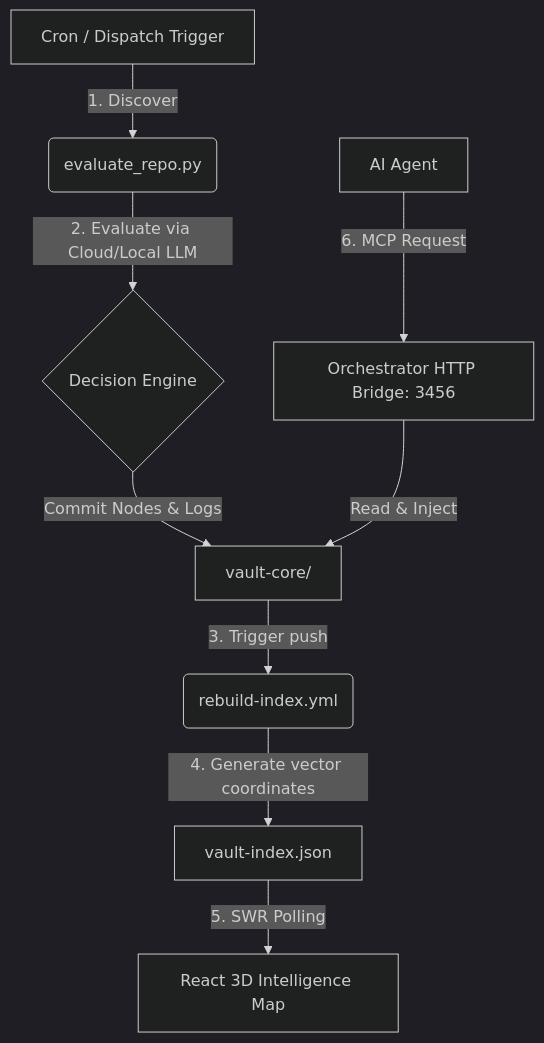
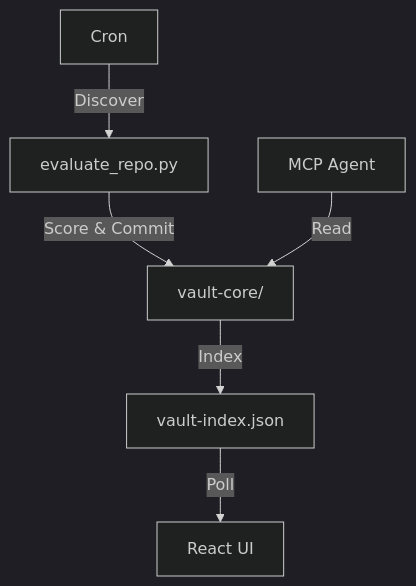
The diagram in README.md (SAIRAMANALADI/vybe-intelligence-vault), drawn with Mermaid (dark theme) before and after one commit. The commit also changed other lines of this file, not shown here.

````diff
--- a/README.md
+++ b/README.md
@@ -87,11 +22,8 @@
 ```mermaid
 graph TD
-    A[Cron / Dispatch Trigger] -->|1. Discover| B(evaluate_repo.py)
-    B -->|2. Evaluate via Cloud/Local LLM| C{Decision Engine}
-    C -->|Commit Nodes & Logs| D[vault-core/]
-    D -->|3. Trigger push| E(rebuild-index.yml)
-    E -->|4. Generate vector coordinates| F[vault-index.json]
-    F -->|5. SWR Polling| G[React 3D Intelligence Map]
-    H[AI Agent] -->|6. MCP Request| I[Orchestrator HTTP Bridge: 3456]
-    I -->|Read & Inject| D
+    A[Cron] -->|Discover| B[evaluate_repo.py]
+    B -->|Score & Commit| C[vault-core/]
+    C -->|Index| D[vault-index.json]
+    D -->|Poll| E[React UI]
+    F[MCP Agent] -->|Read| C
 ```
````
